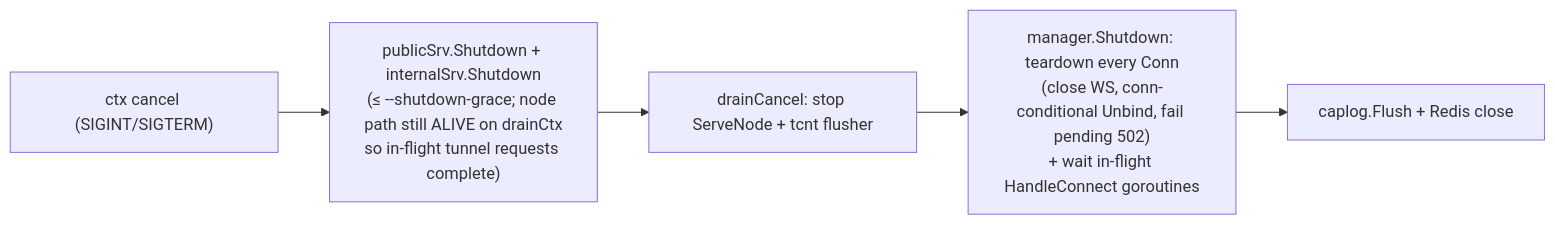
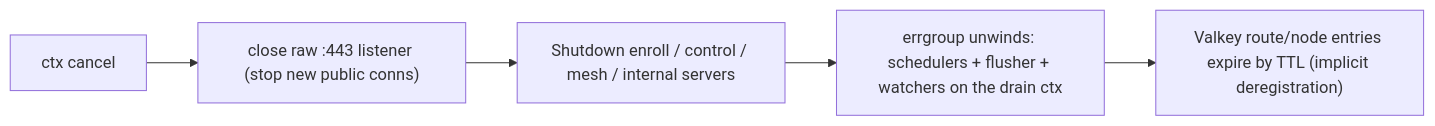
Before and after one commit to danielealbano/android-remote-control-mcp-tunneld: the third of 3 diagrams in docs/ARCHITECTURE.md, drawn with Mermaid. The commit also changed other lines of this file and 4 other files, not shown here.

First line of the commit message:
docs(docs): US15 — rewrite canonical docs + project.md for the E2E architecture

````diff
--- a/docs/ARCHITECTURE.md
+++ b/docs/ARCHITECTURE.md
@@ -238,7 +147,7 @@
 ```mermaid
 flowchart LR
-  A["ctx cancel (SIGINT/SIGTERM)"] --> B["publicSrv.Shutdown + internalSrv.Shutdown<br/>(≤ --shutdown-grace; node path still ALIVE on drainCtx<br/>so in-flight tunnel requests complete)"]
-  B --> C["drainCancel: stop ServeNode + tcnt flusher"]
-  C --> D["manager.Shutdown: teardown every Conn<br/>(close WS, conn-conditional Unbind, fail pending 502)<br/>+ wait in-flight HandleConnect goroutines"]
-  D --> E["caplog.Flush + Redis close"]
+  cancel["ctx cancel"] --> close["close raw :443 listener (stop new public conns)"]
+  close --> drain["Shutdown enroll / control / mesh / internal servers"]
+  drain --> group["errgroup unwinds: schedulers + flusher + watchers on the drain ctx"]
+  group --> ttl["Valkey route/node entries expire by TTL (implicit deregistration)"]
 ```
````
